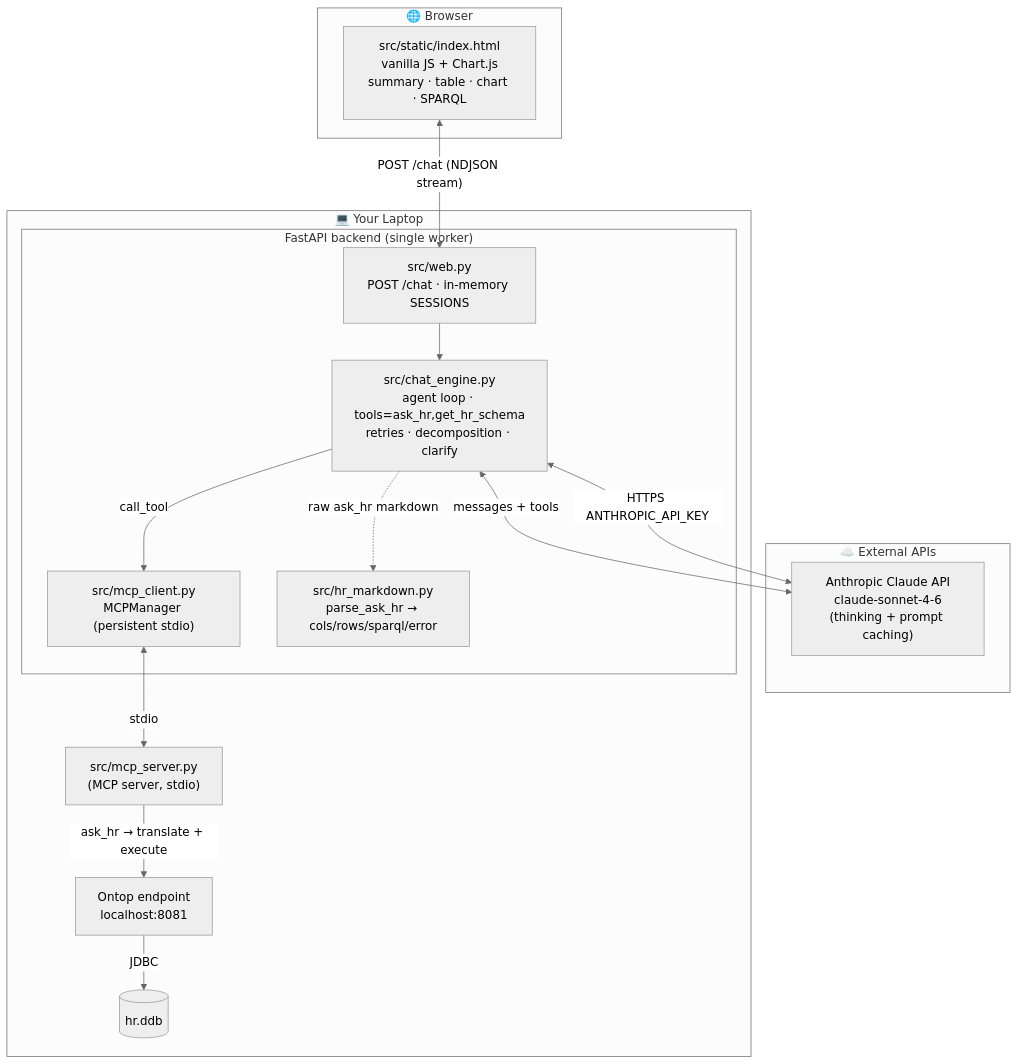
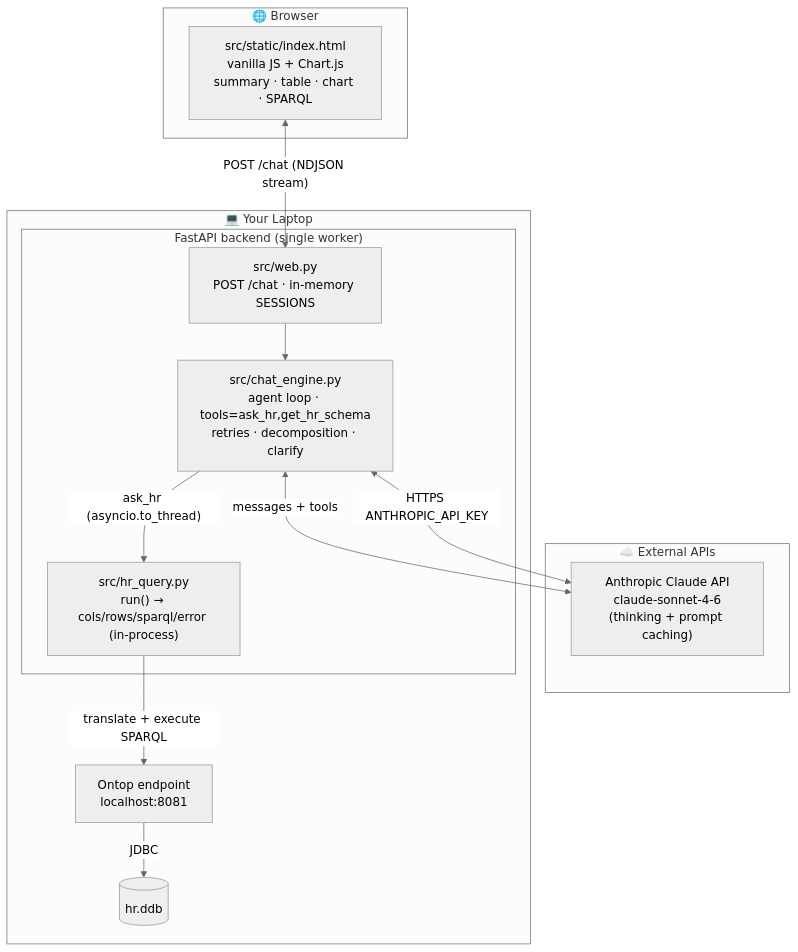
One commit to navinbudhiraja/rdf-test changed the second of 2 diagrams in doc/architecture.md. Above: the diagram before and after it, drawn with Mermaid (neutral theme). The commit also changed other lines of this file and 8 other files, not shown here.

````diff
--- a/doc/architecture.md
+++ b/doc/architecture.md
@@ -180,33 +180,29 @@
 ```mermaid
 flowchart TB
     subgraph CLOUD["☁️  External APIs"]
         CA["Anthropic Claude API<br/>claude-sonnet-4-6<br/>(thinking + prompt caching)"]
     end
 
     subgraph BROWSER["🌐  Browser"]
         UI["src/static/index.html<br/>vanilla JS + Chart.js<br/>summary · table · chart · SPARQL"]
     end
 
     subgraph LAPTOP["💻  Your Laptop"]
         subgraph WEBAPP["FastAPI backend (single worker)"]
             WEB["src/web.py<br/>POST /chat · in-memory SESSIONS"]
             CE["src/chat_engine.py<br/>agent loop · tools=ask_hr,get_hr_schema<br/>retries · decomposition · clarify"]
-            MC["src/mcp_client.py<br/>MCPManager (persistent stdio)"]
-            HM["src/hr_markdown.py<br/>parse_ask_hr → cols/rows/sparql/error"]
+            HQ["src/hr_query.py<br/>run() → cols/rows/sparql/error (in-process)"]
         end
 
-        MCP["src/mcp_server.py<br/>(MCP server, stdio)"]
         OTH["Ontop endpoint<br/>localhost:8081"]
         HBD[("hr.ddb")]
     end
 
     UI <-->|"POST /chat (NDJSON stream)"| WEB
     WEB --> CE
     CE <-->|"messages + tools"| CA
-    CE -->|"call_tool"| MC
-    MC <-->|"stdio"| MCP
-    CE -.->|"raw ask_hr markdown"| HM
-    MCP -->|"ask_hr → translate + execute"| OTH
+    CE -->|"ask_hr (asyncio.to_thread)"| HQ
+    HQ -->|"translate + execute SPARQL"| OTH
     OTH -- JDBC --> HBD
     CE <-->|"HTTPS ANTHROPIC_API_KEY"| CA
 ```
````
